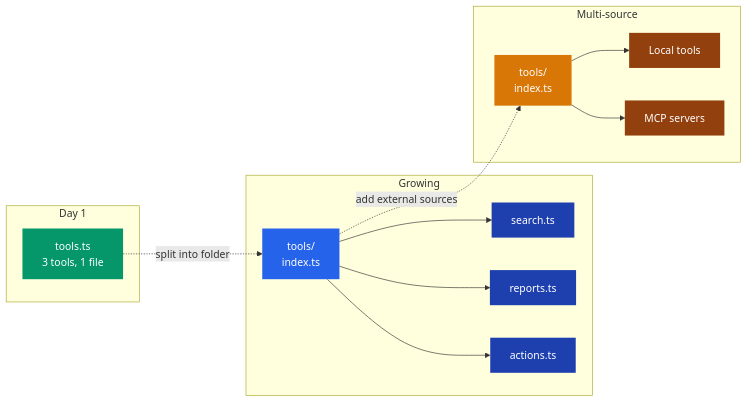
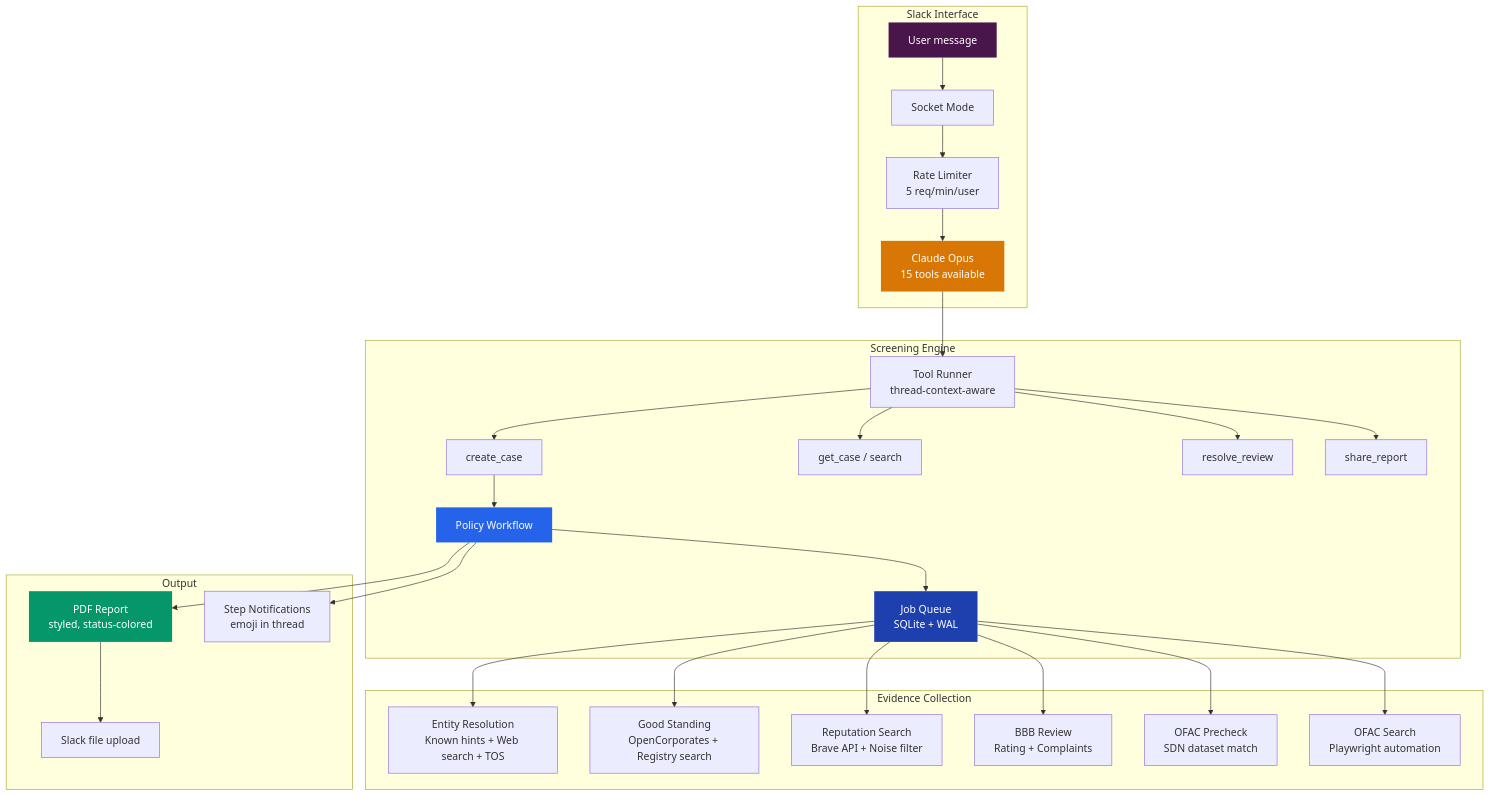
Before and after one commit to Mikeishiring/slackbot: the second of 4 diagrams in README.md, drawn with Mermaid. The commit also changed other lines of this file, not shown here.

First line of the commit message:
docs: comprehensive README with 3-tier flowcharts and architecture

````diff
--- a/README.md
+++ b/README.md
@@ -273,36 +43,40 @@
 ```mermaid
-graph LR
-    subgraph "Day 1"
-        A["tools.ts<br/>3 tools, 1 file"]
+graph TB
+    subgraph "Slack Interface"
+        A["User message"] --> B["Socket Mode"]
+        B --> C["Rate Limiter<br/>5 req/min/user"]
+        C --> D["Claude Opus<br/>15 tools available"]
     end
 
-    subgraph "Growing"
-        B["tools/<br/>index.ts"]
-        C["search.ts"]
-        D["reports.ts"]
-        E["actions.ts"]
-        B --> C
-        B --> D
-        B --> E
+    subgraph "Screening Engine"
+        D --> E["Tool Runner<br/>thread-context-aware"]
+        E --> F["create_case"]
+        E --> G["get_case / search"]
+        E --> H["resolve_review"]
+        E --> I["share_report"]
+
+        F --> J["Policy Workflow"]
+        J --> K["Job Queue<br/>SQLite + WAL"]
     end
 
-    subgraph "Multi-source"
-        F["tools/<br/>index.ts"]
-        G["Local tools"]
-        H["MCP servers"]
-        F --> G
-        F --> H
+    subgraph "Evidence Collection"
+        K --> L["Entity Resolution<br/>Known hints + Web search + TOS"]
+        K --> M["Good Standing<br/>OpenCorporates + Registry search"]
+        K --> N["Reputation Search<br/>Brave API + Noise filter"]
+        K --> O["BBB Review<br/>Rating + Complaints"]
+        K --> P["OFAC Precheck<br/>SDN dataset match"]
+        K --> Q["OFAC Search<br/>Playwright automation"]
     end
 
-    A -.->|"split into folder"| B
-    B -.->|"add external sources"| F
+    subgraph "Output"
+        J --> R["PDF Report<br/>styled, status-colored"]
+        J --> S["Step Notifications<br/>emoji in thread"]
+        R --> T["Slack file upload"]
+    end
 
-    style A fill:#059669,color:#fff,stroke:none
-    style B fill:#2563EB,color:#fff,stroke:none
-    style C fill:#1e40af,color:#fff,stroke:none
-    style D fill:#1e40af,color:#fff,stroke:none
-    style E fill:#1e40af,color:#fff,stroke:none
-    style F fill:#D97706,color:#fff,stroke:none
-    style G fill:#92400e,color:#fff,stroke:none
-    style H fill:#92400e,color:#fff,stroke:none
+    style A fill:#4A154B,color:#fff,stroke:none
+    style D fill:#D97706,color:#fff,stroke:none
+    style J fill:#2563EB,color:#fff,stroke:none
+    style R fill:#059669,color:#fff,stroke:none
+    style K fill:#1e40af,color:#fff,stroke:none
 ```
````
